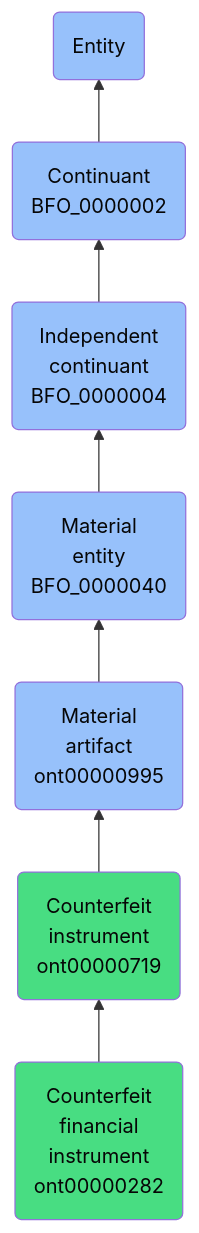
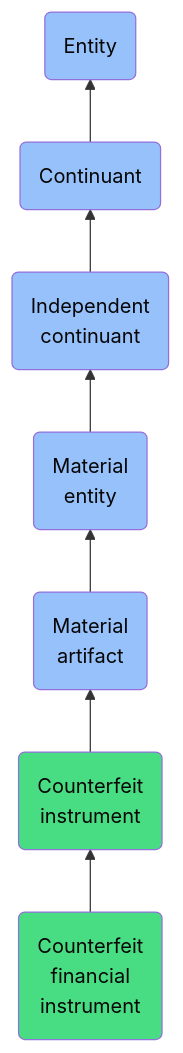
Before and after one commit to jupyter-naas/abi: the diagram in docs/ontology/reference/model/Entity/Continuant/Independent continuant/Material entity/Material artifact/Counterfeit instrument/Counterfeit financial instrument/Counterfeit financial instrument.md, drawn with Mermaid. The commit also changed other lines of this file and 1430 other files, not shown here.

````diff
--- a/docs/ontology/reference/model/Entity/Continuant/Independent continuant/Material entity/Material artifact/Counterfeit instrument/Counterfeit financial instrument/Counterfeit financial instrument.md
+++ b/docs/ontology/reference/model/Entity/Continuant/Independent continuant/Material entity/Material artifact/Counterfeit instrument/Counterfeit financial instrument/Counterfeit financial instrument.md
@@ -24,14 +24,14 @@
 ```mermaid
 graph BT
-    ont00000282(Counterfeit<br>financial<br>instrument<br>ont00000282):::ABI-->ont00000719
-    ont00000719(Counterfeit<br>instrument<br>ont00000719):::ABI-->ont00000995
-    ont00000995(Material<br>artifact<br>ont00000995):::BFO-->BFO_0000040
-    BFO_0000040(Material<br>entity<br>BFO_0000040):::BFO-->BFO_0000004
-    BFO_0000004(Independent<br>continuant<br>BFO_0000004):::BFO-->BFO_0000002
-    BFO_0000002(Continuant<br>BFO_0000002):::BFO-->BFO_0000001
+    ont00000282(Counterfeit<br>financial<br>instrument):::ABI-->ont00000719
+    ont00000719(Counterfeit<br>instrument):::ABI-->ont00000995
+    ont00000995(Material<br>artifact):::BFO-->BFO_0000040
+    BFO_0000040(Material<br>entity):::BFO-->BFO_0000004
+    BFO_0000004(Independent<br>continuant):::BFO-->BFO_0000002
+    BFO_0000002(Continuant):::BFO-->BFO_0000001
     BFO_0000001(Entity):::BFO
     
     classDef BFO fill:#97c1fb,color:#060606
     classDef CCO fill:#e4c51e,color:#060606
     classDef ABI fill:#48DD82,color:#060606
 ```
````
